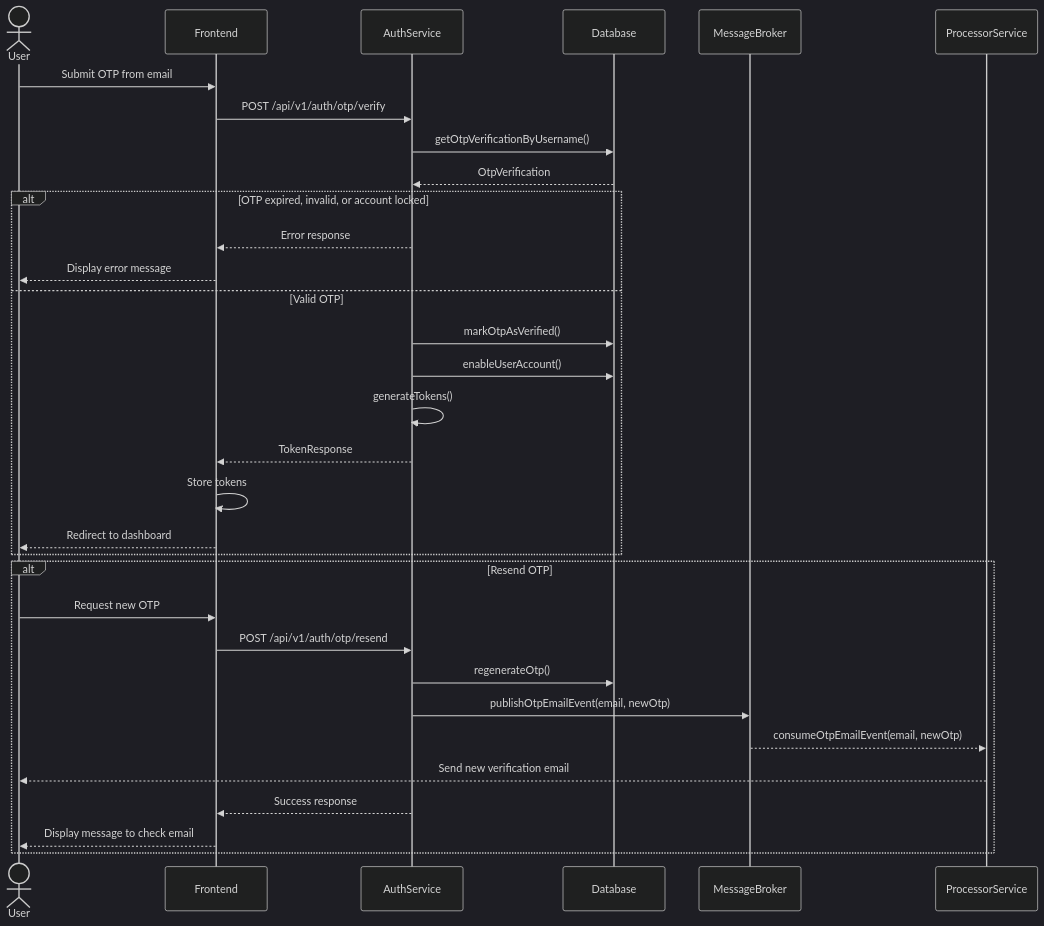
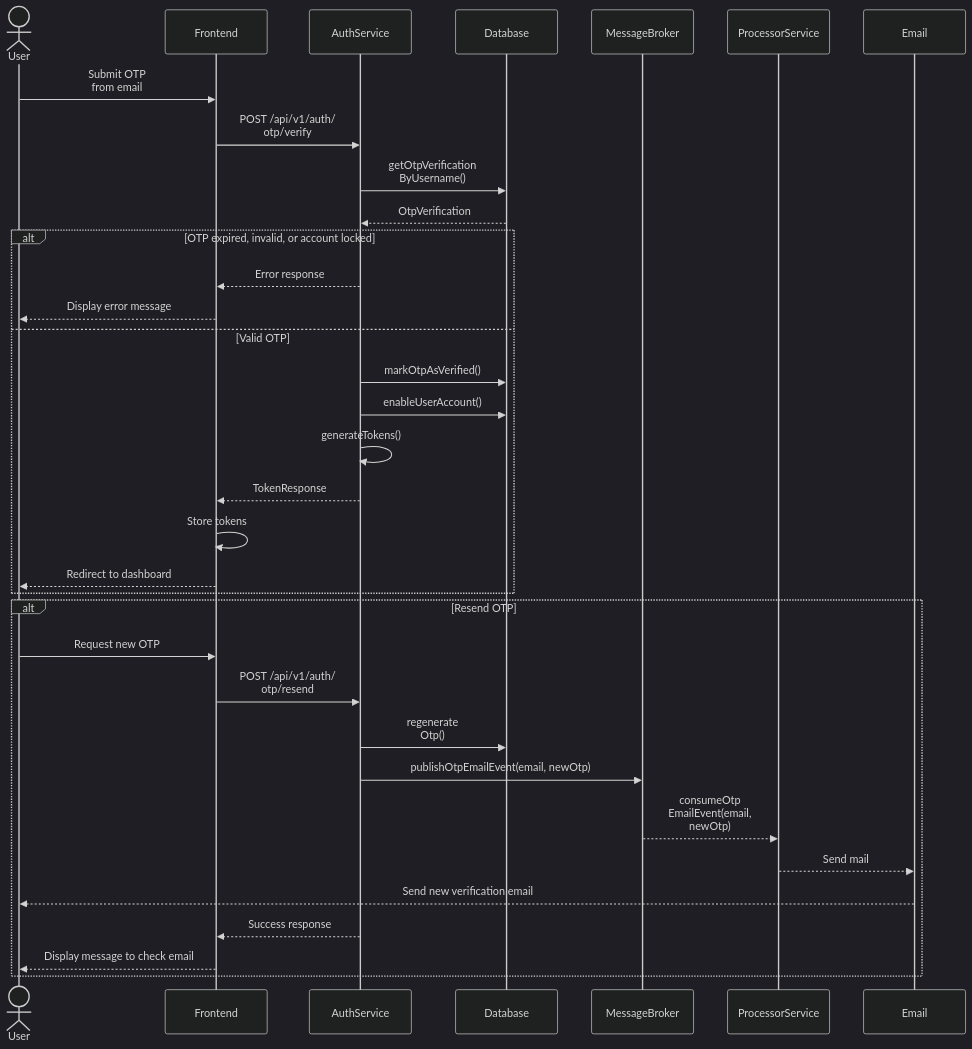
One commit to loidinhm31/document-management-and-search-system changed the diagram in project/sequence-diagram/1.2_verification-sequence.mermaid. Above: the diagram before and after it, drawn with Mermaid (dark theme). The commit also changed 12 other files, not shown here.

Commit message:
Update sequence diagrams

```diff
--- a/project/sequence-diagram/1.2_verification-sequence.mermaid
+++ b/project/sequence-diagram/1.2_verification-sequence.mermaid
@@ -1,40 +1,42 @@
 sequenceDiagram
     actor User
     participant Frontend
     participant AuthService
     participant Database
     participant MessageBroker
     participant ProcessorService
+    participant Email
 
-    User->>Frontend: Submit OTP from email
-    Frontend->>AuthService: POST /api/v1/auth/otp/verify
+    User->>Frontend: Submit OTP <br> from email
+    Frontend->>AuthService: POST /api/v1/auth/<br>otp/verify
 
-    AuthService->>Database: getOtpVerificationByUsername()
+    AuthService->>Database: getOtpVerification<br>ByUsername()
     Database-->>AuthService: OtpVerification
 
     alt OTP expired, invalid, or account locked
         AuthService-->>Frontend: Error response
         Frontend-->>User: Display error message
     else Valid OTP
         AuthService->>Database: markOtpAsVerified()
         AuthService->>Database: enableUserAccount()
 
         AuthService->>AuthService: generateTokens()
 
         AuthService-->>Frontend: TokenResponse
         Frontend->>Frontend: Store tokens
         Frontend-->>User: Redirect to dashboard
     end
 
     alt Resend OTP
         User->>Frontend: Request new OTP
-        Frontend->>AuthService: POST /api/v1/auth/otp/resend
+        Frontend->>AuthService: POST /api/v1/auth/<br>otp/resend
 
-        AuthService->>Database: regenerateOtp()
+        AuthService->>Database: regenerate<br>Otp()
         AuthService->>MessageBroker: publishOtpEmailEvent(email, newOtp)
-        MessageBroker-->>ProcessorService: consumeOtpEmailEvent(email, newOtp)
-        ProcessorService-->>User: Send new verification email
+        MessageBroker-->>ProcessorService: consumeOtp<br>EmailEvent(email,<br> newOtp)
+        ProcessorService-->>Email: Send mail
+        Email-->>User: Send new verification email
 
         AuthService-->>Frontend: Success response
         Frontend-->>User: Display message to check email
     end
```
